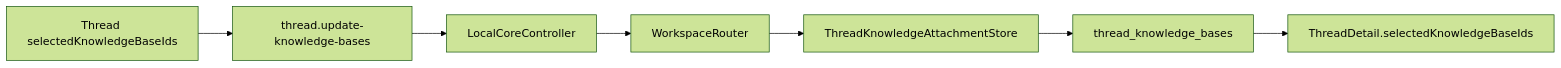
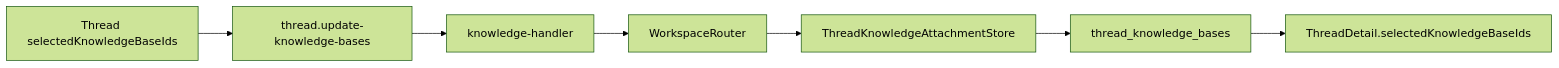
The second of 3 diagrams in docs/architecture/knowledge-runtime.md (helloimcx/agentdock), drawn with Mermaid (forest theme) before and after one commit. The commit also changed other lines of this file and 6 other files, not shown here.

First line of the commit message:
docs: update architecture docs for recent refactoring

````diff
--- a/docs/architecture/knowledge-runtime.md
+++ b/docs/architecture/knowledge-runtime.md
@@ -32,9 +32,9 @@
 ```mermaid
 flowchart LR
   ThreadUI["Thread selectedKnowledgeBaseIds"] --> API["thread.update-knowledge-bases"]
-  API --> Controller["LocalCoreController"]
-  Controller --> Router["WorkspaceRouter"]
+  API --> KnowledgeHandler["knowledge-handler"]
+  KnowledgeHandler --> Router["WorkspaceRouter"]
   Router --> Attachments["ThreadKnowledgeAttachmentStore"]
   Attachments --> Table["thread_knowledge_bases"]
   Table --> ThreadDetail["ThreadDetail.selectedKnowledgeBaseIds"]
 ```
````
